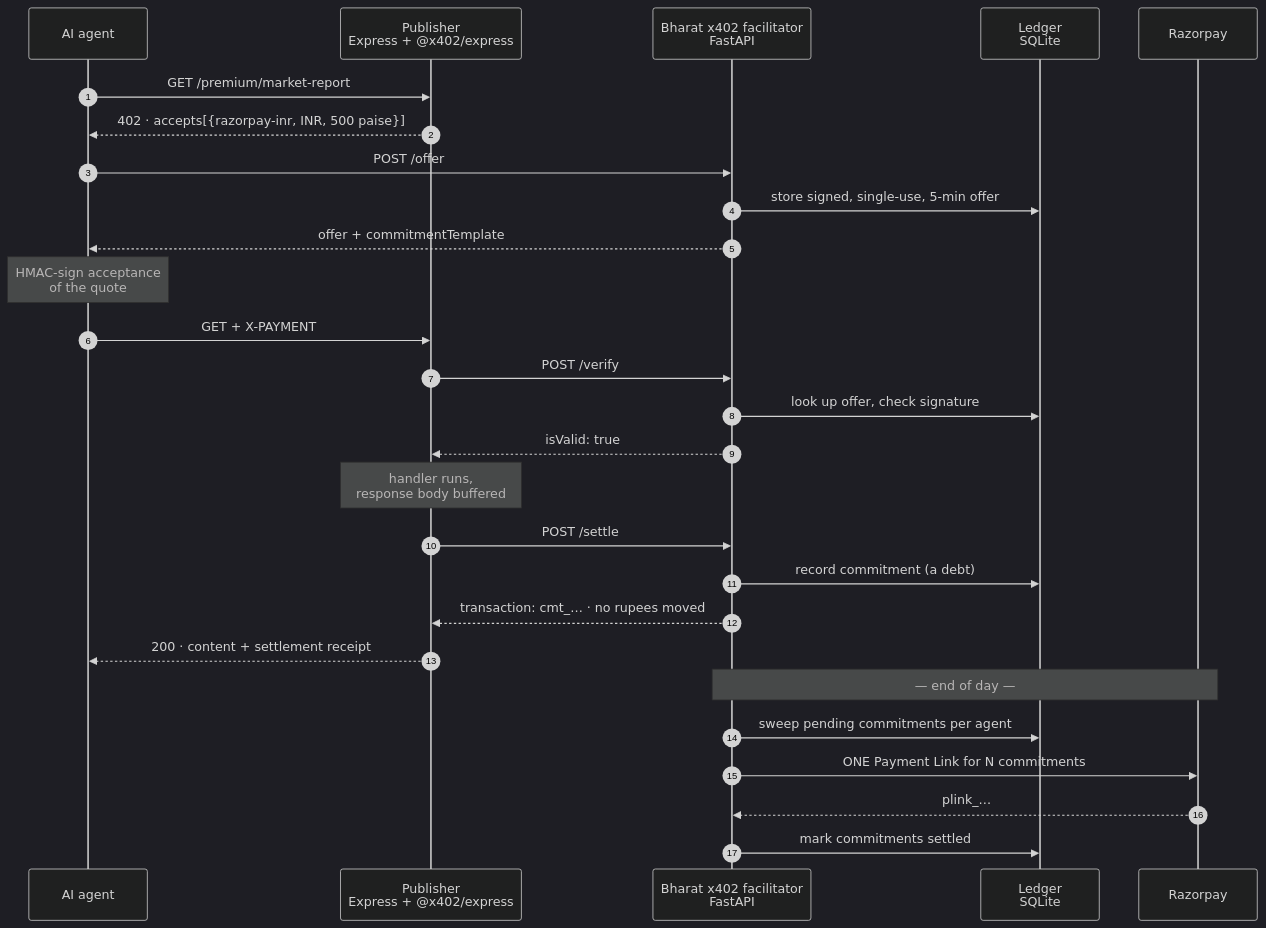
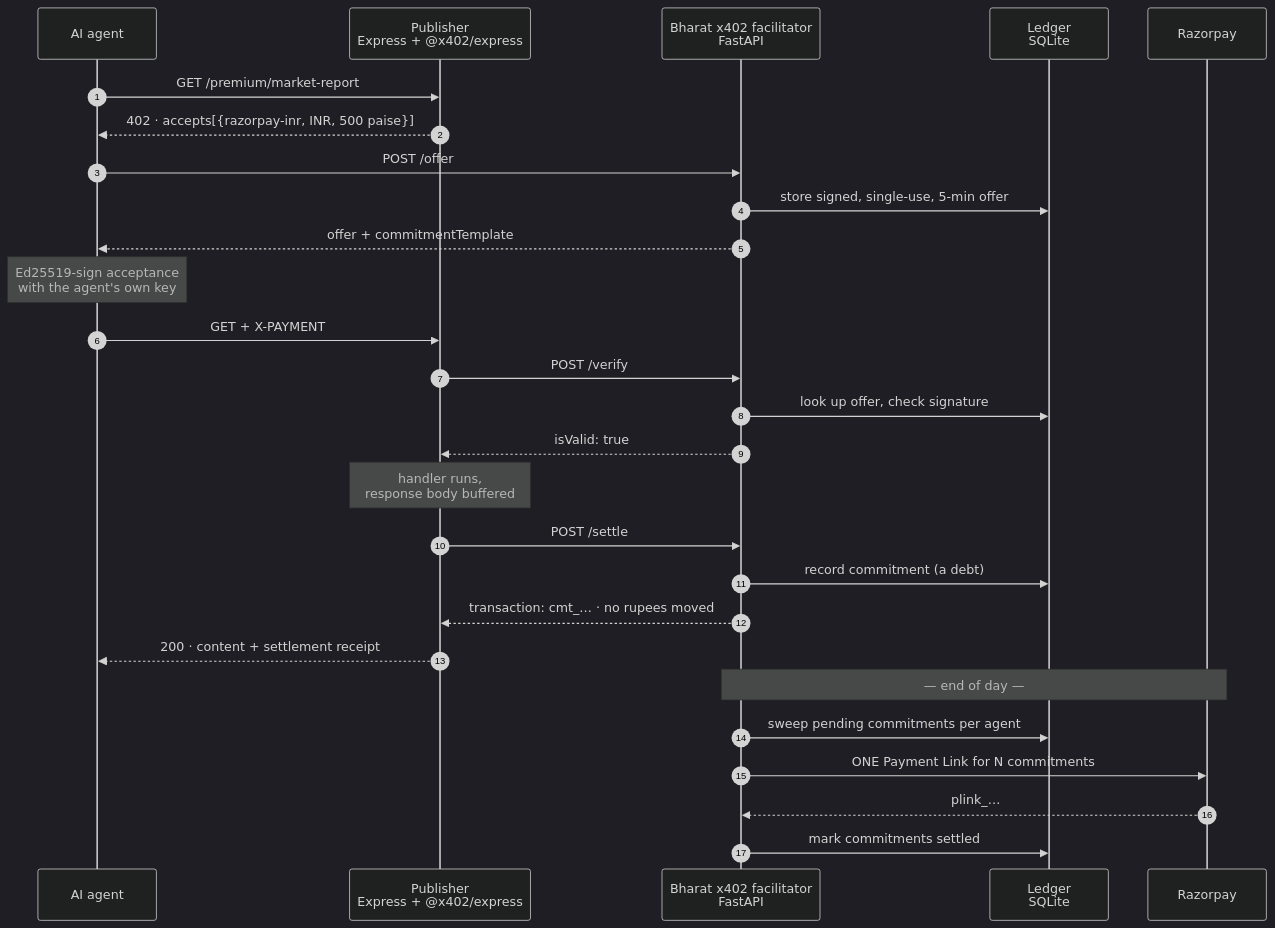
One commit to MEGA-M1ND/Bharat-x402 changed the first of 2 diagrams in docs/architecture.md. Above: the diagram before and after it, drawn with Mermaid (dark theme). The commit also changed other lines of this file and 30 other files, not shown here.

````diff
--- a/docs/architecture.md
+++ b/docs/architecture.md
@@ -25,37 +25,37 @@
 ```mermaid
 sequenceDiagram
     autonumber
     participant A as AI agent
     participant P as Publisher<br/>Express + @x402/express
     participant F as Bharat x402 facilitator<br/>FastAPI
     participant L as Ledger<br/>SQLite
     participant R as Razorpay
 
     A->>P: GET /premium/market-report
     P-->>A: 402 · accepts[{razorpay-inr, INR, 500 paise}]
 
     A->>F: POST /offer
     F->>L: store signed, single-use, 5-min offer
     F-->>A: offer + commitmentTemplate
 
-    Note over A: HMAC-sign acceptance<br/>of the quote
+    Note over A: Ed25519-sign acceptance<br/>with the agent's own key
 
     A->>P: GET + X-PAYMENT
     P->>F: POST /verify
     F->>L: look up offer, check signature
     F-->>P: isValid: true
 
     Note over P: handler runs,<br/>response body buffered
 
     P->>F: POST /settle
     F->>L: record commitment (a debt)
     F-->>P: transaction: cmt_… · no rupees moved
     P-->>A: 200 · content + settlement receipt
 
     Note over F,R: — end of day —
 
     F->>L: sweep pending commitments per agent
     F->>R: ONE Payment Link for N commitments
     R-->>F: plink_…
     F->>L: mark commitments settled
 ```
````
